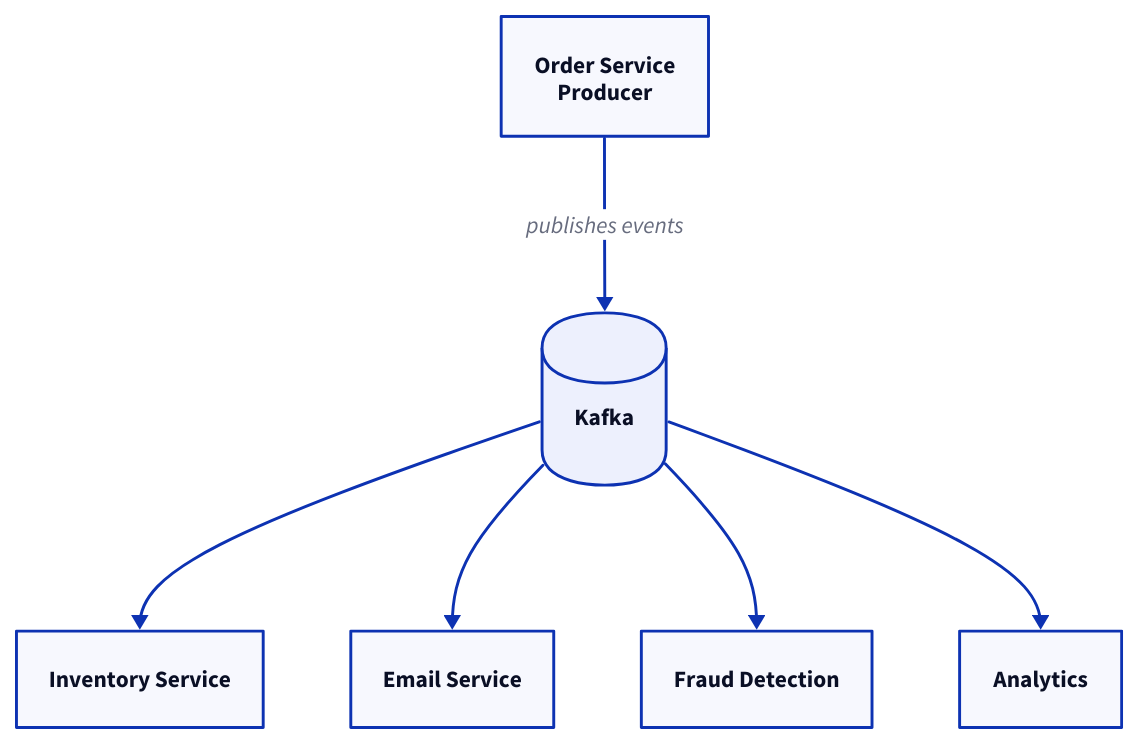
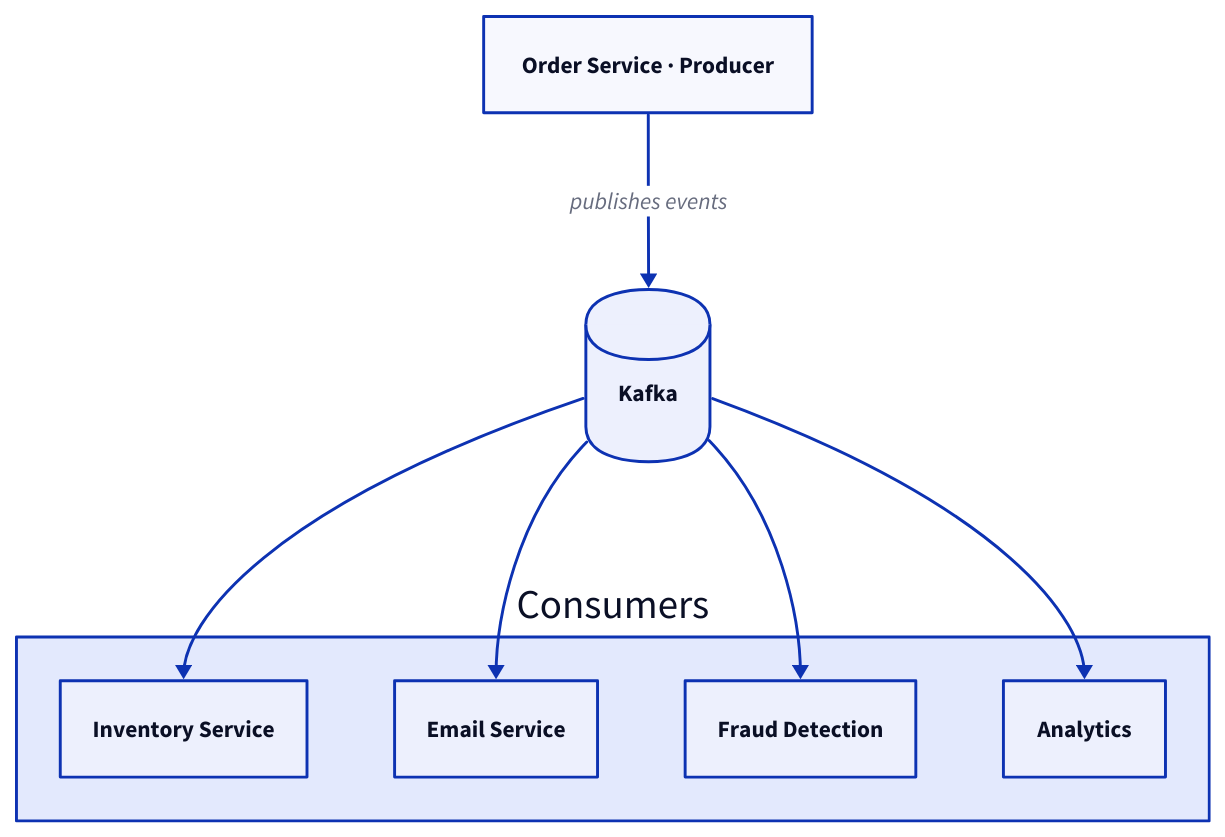
One commit to g-savitha/gsavitha.in changed the first of 6 diagrams in src/content/blog/kafka-explained-like-you-are-5.md. Above: the diagram before and after it, drawn with D2. The commit also changed other lines of this file and 16 other files, not shown here.

First line of the commit message:
Fix D2 diagrams: site palette, full-width SVG, restore charts

````diff
--- a/src/content/blog/kafka-explained-like-you-are-5.md
+++ b/src/content/blog/kafka-explained-like-you-are-5.md
@@ -59,14 +59,17 @@
 ```d2
 direction: down
-P: "Order Service\nProducer" {class: success}
+P: "Order Service · Producer" {class: success}
 K: Kafka {shape: cylinder; class: primary}
-C1: "Inventory Service" {class: info}
-C2: "Email Service" {class: info}
-C3: "Fraud Detection" {class: info}
-C4: Analytics {class: info}
+consumers: "Consumers" {
+  direction: down
+  C1: "Inventory Service" {class: info}
+  C2: "Email Service" {class: info}
+  C3: "Fraud Detection" {class: info}
+  C4: Analytics {class: info}
+}
 P -> K: "publishes events"
-K -> C1
-K -> C2
-K -> C3
-K -> C4
+K -> consumers.C1
+K -> consumers.C2
+K -> consumers.C3
+K -> consumers.C4
 ```
````
